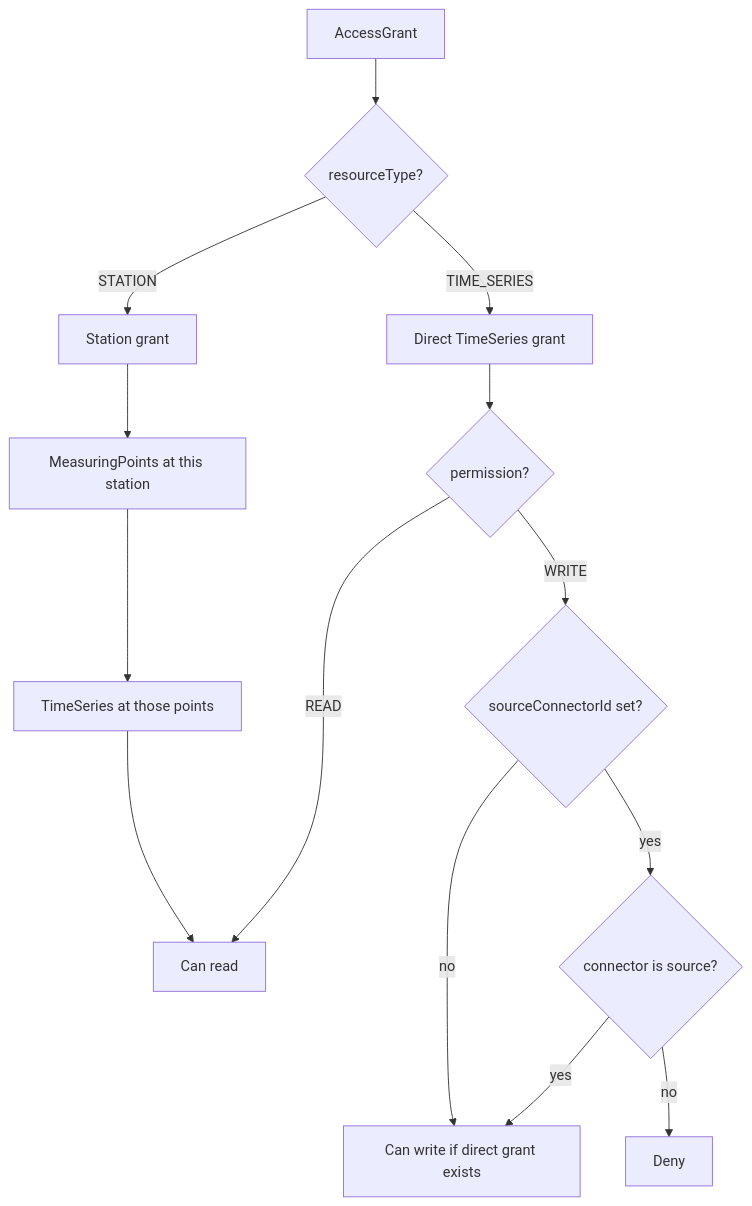
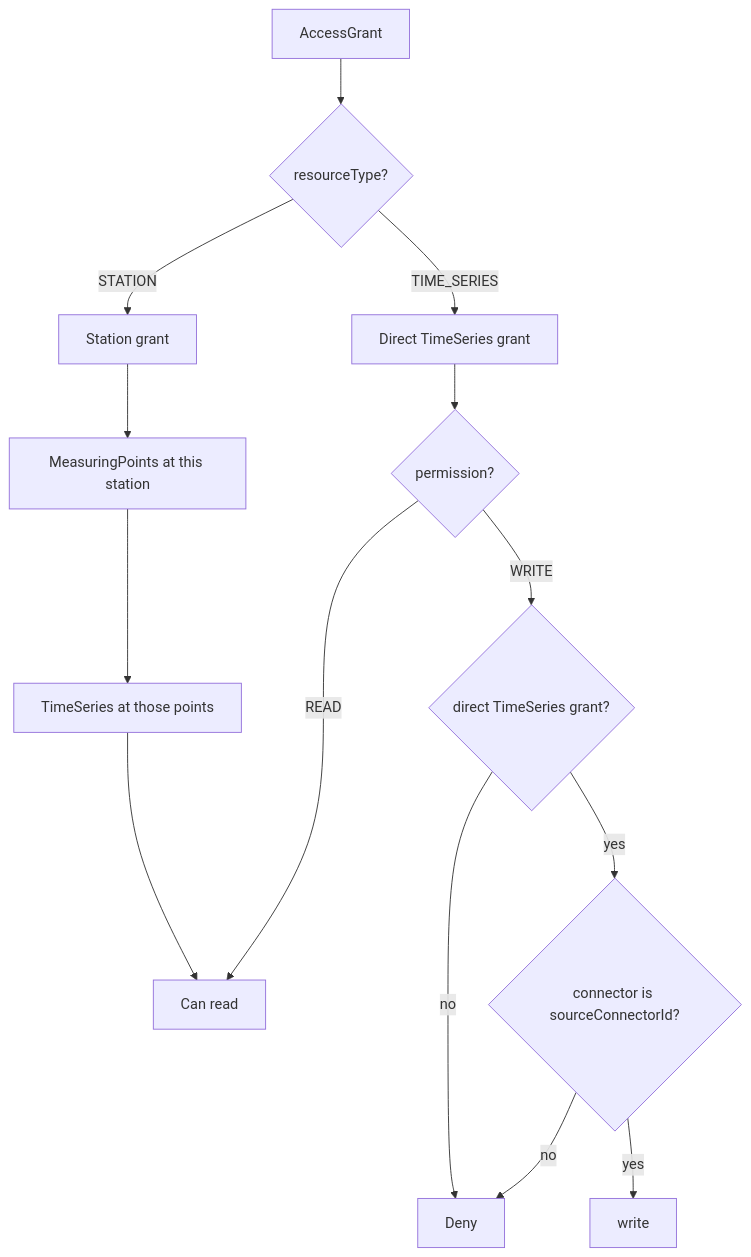
The third of 5 diagrams in docs/architecture/pegelhub-domain-model.md (viadonau/pegelhub), drawn with Mermaid before and after one commit. The commit also changed other lines of this file and 19 other files, not shown here.

````diff
--- a/docs/architecture/pegelhub-domain-model.md
+++ b/docs/architecture/pegelhub-domain-model.md
@@ -149,19 +157,19 @@
 ```mermaid
 flowchart TD
     grant[AccessGrant] --> check{resourceType?}
 
     check -->|TIME_SERIES| direct[Direct TimeSeries grant]
     check -->|STATION| stationGrant[Station grant]
 
     direct --> perm{permission?}
     stationGrant --> stationPoints[MeasuringPoints at this station]
     stationPoints --> stationSeries[TimeSeries at those points]
     stationSeries --> read[Can read]
 
     perm -->|READ| read
-    perm -->|WRITE| writeCheck{sourceConnectorId set?}
-    writeCheck -->|no| write[Can write if direct grant exists]
-    writeCheck -->|yes| sameSource{connector is source?}
+    perm -->|WRITE| directWrite{direct TimeSeries grant?}
+    directWrite -->|no| deny[Deny]
+    directWrite -->|yes| sameSource{connector is sourceConnectorId?}
     sameSource -->|yes| write
-    sameSource -->|no| deny[Deny]
+    sameSource -->|no| deny
 ```
````
